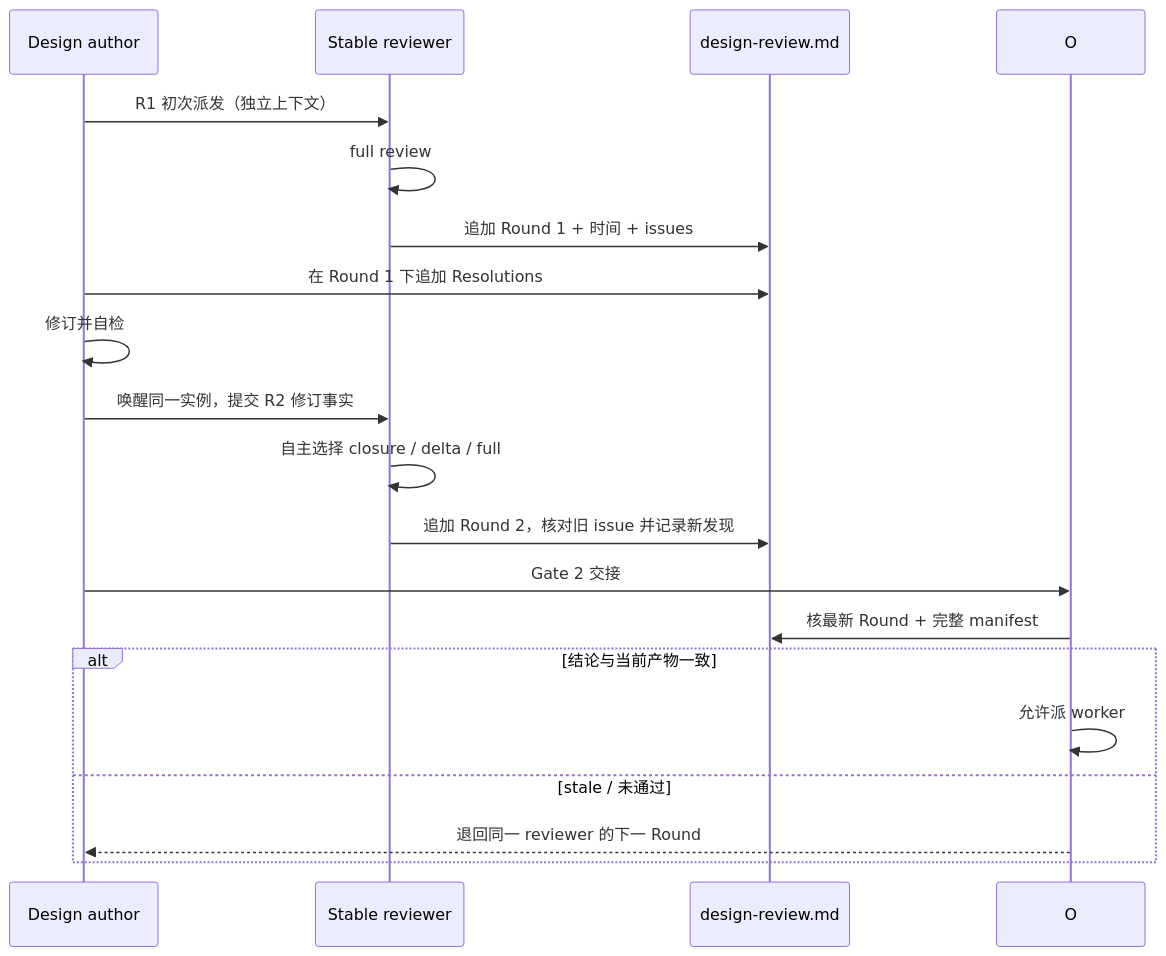
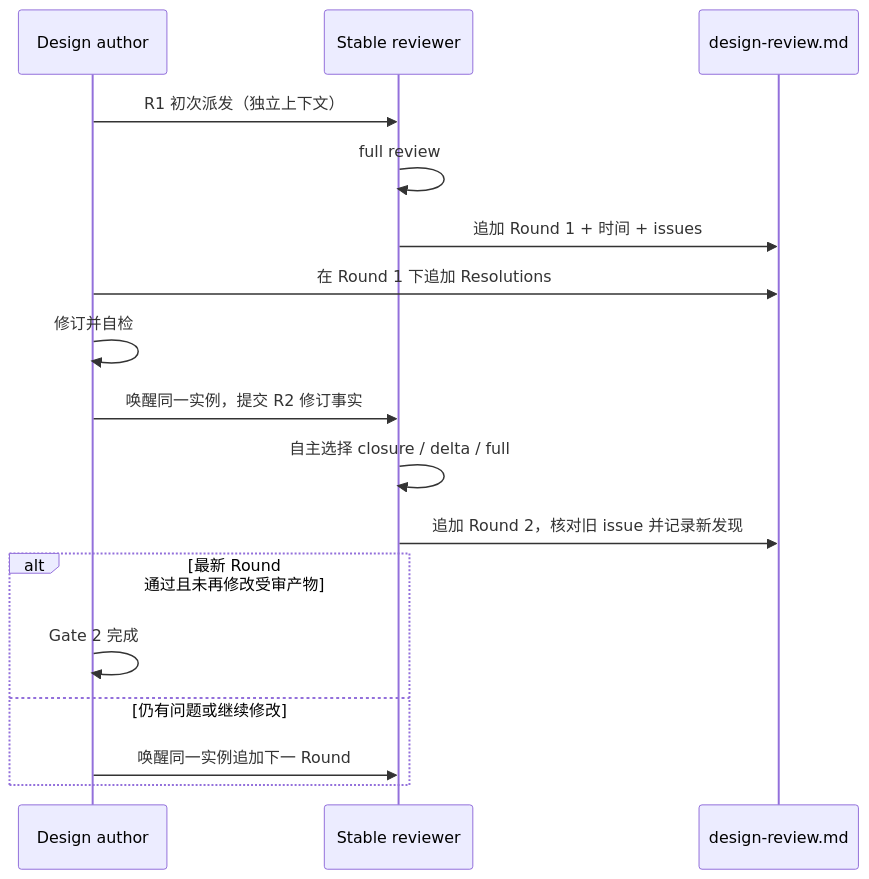
One commit to Mrchen116/nano-multiagent changed the second of 2 diagrams in docs/changes/feat-485-design-review-round-lifecycle/design.md. Above: the diagram before and after it, drawn with Mermaid. The commit also changed other lines of this file and 10 other files, not shown here.

````diff
--- a/docs/changes/feat-485-design-review-round-lifecycle/design.md
+++ b/docs/changes/feat-485-design-review-round-lifecycle/design.md
@@ -30,21 +29,19 @@
 ```mermaid
 sequenceDiagram
     participant A as Design author
     participant R as Stable reviewer
     participant L as design-review.md
     A->>R: R1 初次派发（独立上下文）
     R->>R: full review
     R->>L: 追加 Round 1 + 时间 + issues
     A->>L: 在 Round 1 下追加 Resolutions
     A->>A: 修订并自检
     A->>R: 唤醒同一实例，提交 R2 修订事实
     R->>R: 自主选择 closure / delta / full
     R->>L: 追加 Round 2，核对旧 issue 并记录新发现
-    A->>O: Gate 2 交接
-    O->>L: 核最新 Round + 完整 manifest
-    alt 结论与当前产物一致
-        O->>O: 允许派 worker
-    else stale / 未通过
-        O-->>A: 退回同一 reviewer 的下一 Round
+    alt 最新 Round 通过且未再修改受审产物
+        A->>A: Gate 2 完成
+    else 仍有问题或继续修改
+        A->>R: 唤醒同一实例追加下一 Round
     end
 ```
````
